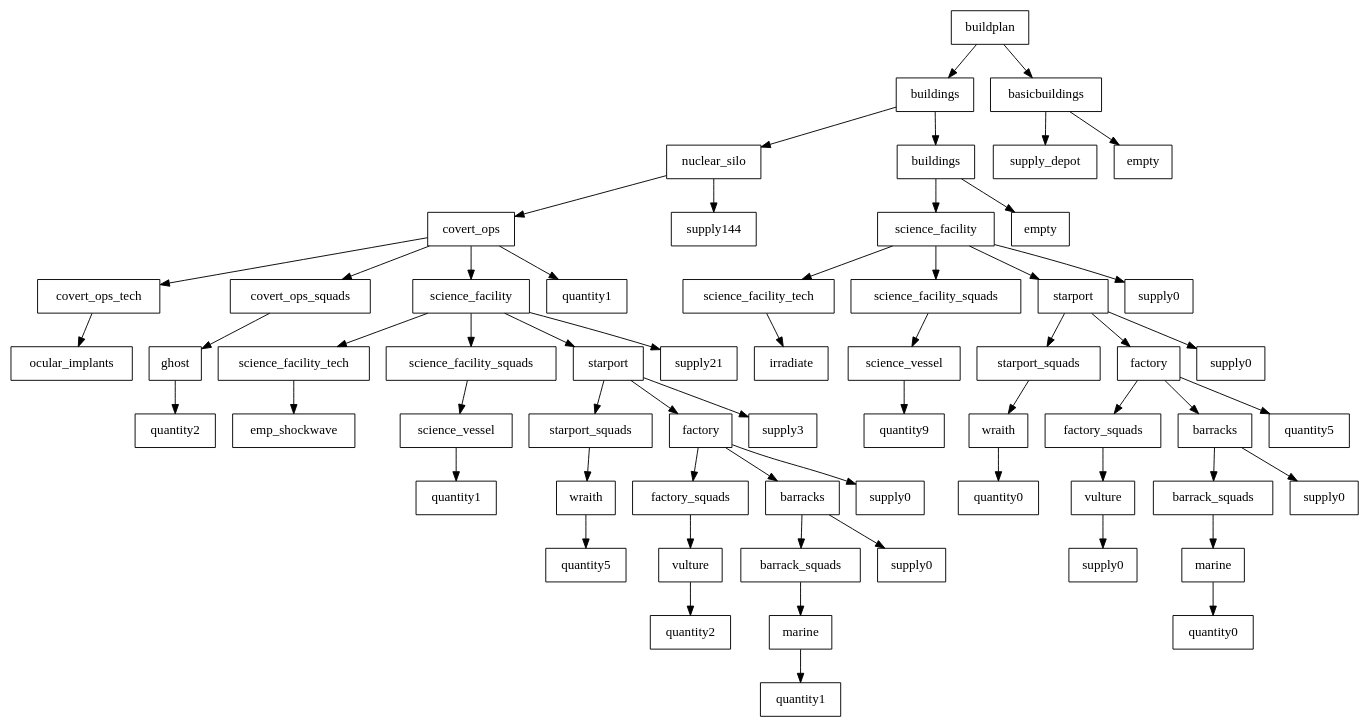
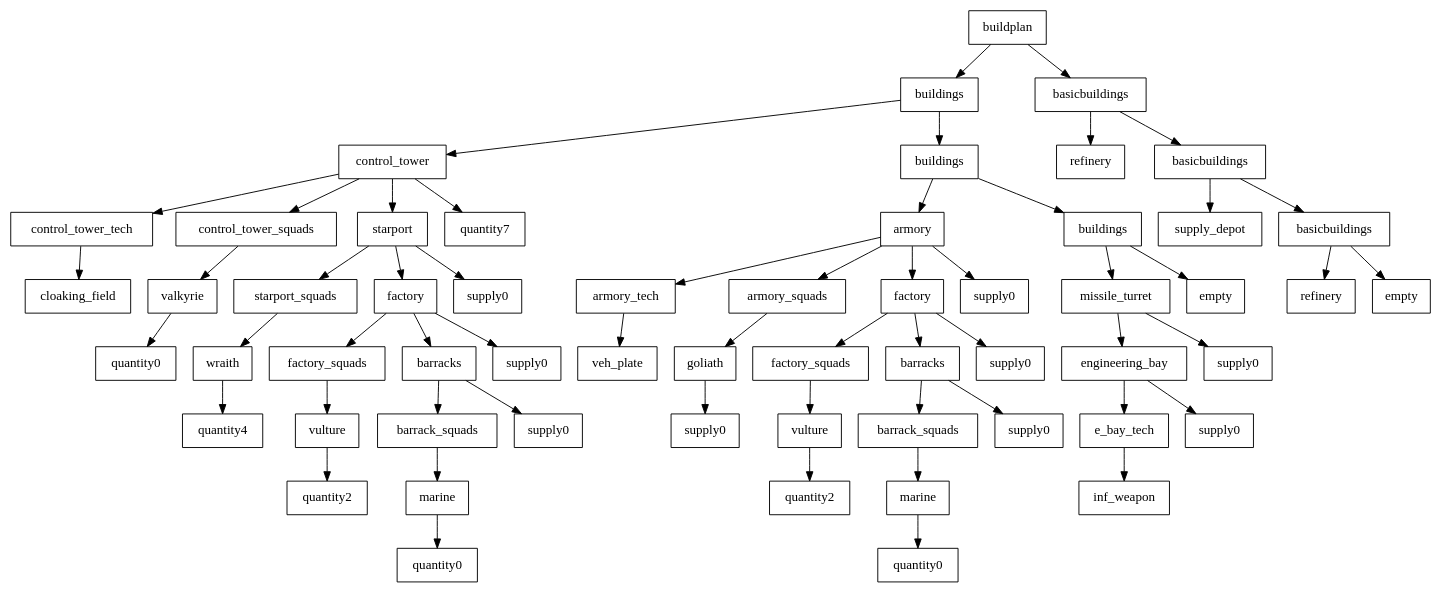
One commit to cryogenic-dreams/StarCraft-GPBot changed the diagram in GPBot/file.dot. Above: the diagram before and after it, drawn with Graphviz. The commit also changed 2 other files, not shown here.

```diff
--- a/GPBot/file.dot
+++ b/GPBot/file.dot
@@ -1,123 +1,117 @@
 digraph g {
 graph [ordering=out];
 node [shape=rectangle];
 n[label = "buildplan"];
 n0[label = "buildings"];
-n00[label = "nuclear_silo"];
-n000[label = "covert_ops"];
-n0000[label = "covert_ops_tech"];
-n00000[label = "ocular_implants"];
-n0000 -> n00000;
+n00[label = "control_tower"];
+n000[label = "control_tower_tech"];
+n0000[label = "cloaking_field"];
 n000 -> n0000;
-n0001[label = "covert_ops_squads"];
-n00010[label = "ghost"];
-n000100[label = "quantity2"];
-n00010 -> n000100;
-n0001 -> n00010;
-n000 -> n0001;
-n0002[label = "science_facility"];
-n00020[label = "science_facility_tech"];
-n000200[label = "emp_shockwave"];
-n00020 -> n000200;
-n0002 -> n00020;
-n00021[label = "science_facility_squads"];
-n000210[label = "science_vessel"];
-n0002100[label = "quantity1"];
-n000210 -> n0002100;
-n00021 -> n000210;
-n0002 -> n00021;
-n00022[label = "starport"];
-n000220[label = "starport_squads"];
-n0002200[label = "wraith"];
-n00022000[label = "quantity5"];
-n0002200 -> n00022000;
-n000220 -> n0002200;
-n00022 -> n000220;
-n000221[label = "factory"];
-n0002210[label = "factory_squads"];
-n00022100[label = "vulture"];
-n000221000[label = "quantity2"];
-n00022100 -> n000221000;
-n0002210 -> n00022100;
-n000221 -> n0002210;
-n0002211[label = "barracks"];
-n00022110[label = "barrack_squads"];
-n000221100[label = "marine"];
-n0002211000[label = "quantity1"];
-n000221100 -> n0002211000;
-n00022110 -> n000221100;
-n0002211 -> n00022110;
-n00022111[label = "supply0"];
-n0002211 -> n00022111;
-n000221 -> n0002211;
-n0002212[label = "supply0"];
-n000221 -> n0002212;
-n00022 -> n000221;
-n000222[label = "supply3"];
-n00022 -> n000222;
-n0002 -> n00022;
-n00023[label = "supply21"];
-n0002 -> n00023;
-n000 -> n0002;
-n0003[label = "quantity1"];
-n000 -> n0003;
 n00 -> n000;
-n001[label = "supply144"];
+n001[label = "control_tower_squads"];
+n0010[label = "valkyrie"];
+n00100[label = "quantity0"];
+n0010 -> n00100;
+n001 -> n0010;
 n00 -> n001;
+n002[label = "starport"];
+n0020[label = "starport_squads"];
+n00200[label = "wraith"];
+n002000[label = "quantity4"];
+n00200 -> n002000;
+n0020 -> n00200;
+n002 -> n0020;
+n0021[label = "factory"];
+n00210[label = "factory_squads"];
+n002100[label = "vulture"];
+n0021000[label = "quantity2"];
+n002100 -> n0021000;
+n00210 -> n002100;
+n0021 -> n00210;
+n00211[label = "barracks"];
+n002110[label = "barrack_squads"];
+n0021100[label = "marine"];
+n00211000[label = "quantity0"];
+n0021100 -> n00211000;
+n002110 -> n0021100;
+n00211 -> n002110;
+n002111[label = "supply0"];
+n00211 -> n002111;
+n0021 -> n00211;
+n00212[label = "supply0"];
+n0021 -> n00212;
+n002 -> n0021;
+n0022[label = "supply0"];
+n002 -> n0022;
+n00 -> n002;
+n003[label = "quantity7"];
+n00 -> n003;
 n0 -> n00;
 n01[label = "buildings"];
-n010[label = "science_facility"];
-n0100[label = "science_facility_tech"];
-n01000[label = "irradiate"];
+n010[label = "armory"];
+n0100[label = "armory_tech"];
+n01000[label = "veh_plate"];
 n0100 -> n01000;
 n010 -> n0100;
-n0101[label = "science_facility_squads"];
-n01010[label = "science_vessel"];
-n010100[label = "quantity9"];
+n0101[label = "armory_squads"];
+n01010[label = "goliath"];
+n010100[label = "supply0"];
 n01010 -> n010100;
 n0101 -> n01010;
 n010 -> n0101;
-n0102[label = "starport"];
-n01020[label = "starport_squads"];
-n010200[label = "wraith"];
-n0102000[label = "quantity0"];
+n0102[label = "factory"];
+n01020[label = "factory_squads"];
+n010200[label = "vulture"];
+n0102000[label = "quantity2"];
 n010200 -> n0102000;
 n01020 -> n010200;
 n0102 -> n01020;
-n01021[label = "factory"];
-n010210[label = "factory_squads"];
-n0102100[label = "vulture"];
-n01021000[label = "supply0"];
+n01021[label = "barracks"];
+n010210[label = "barrack_squads"];
+n0102100[label = "marine"];
+n01021000[label = "quantity0"];
 n0102100 -> n01021000;
 n010210 -> n0102100;
 n01021 -> n010210;
-n010211[label = "barracks"];
-n0102110[label = "barrack_squads"];
-n01021100[label = "marine"];
-n010211000[label = "quantity0"];
-n01021100 -> n010211000;
-n0102110 -> n01021100;
-n010211 -> n0102110;
-n0102111[label = "supply0"];
-n010211 -> n0102111;
+n010211[label = "supply0"];
 n01021 -> n010211;
-n010212[label = "quantity5"];
-n01021 -> n010212;
 n0102 -> n01021;
 n01022[label = "supply0"];
 n0102 -> n01022;
 n010 -> n0102;
 n0103[label = "supply0"];
 n010 -> n0103;
 n01 -> n010;
-n011[label = "empty"];
+n011[label = "buildings"];
+n0110[label = "missile_turret"];
+n01100[label = "engineering_bay"];
+n011000[label = "e_bay_tech"];
+n0110000[label = "inf_weapon"];
+n011000 -> n0110000;
+n01100 -> n011000;
+n011001[label = "supply0"];
+n01100 -> n011001;
+n0110 -> n01100;
+n01101[label = "supply0"];
+n0110 -> n01101;
+n011 -> n0110;
+n0111[label = "empty"];
+n011 -> n0111;
 n01 -> n011;
 n0 -> n01;
 n -> n0;
 n1[label = "basicbuildings"];
-n10[label = "supply_depot"];
+n10[label = "refinery"];
 n1 -> n10;
-n11[label = "empty"];
+n11[label = "basicbuildings"];
+n110[label = "supply_depot"];
+n11 -> n110;
+n111[label = "basicbuildings"];
+n1110[label = "refinery"];
+n111 -> n1110;
+n1111[label = "empty"];
+n111 -> n1111;
+n11 -> n111;
 n1 -> n11;
 n -> n1;
 }
```
